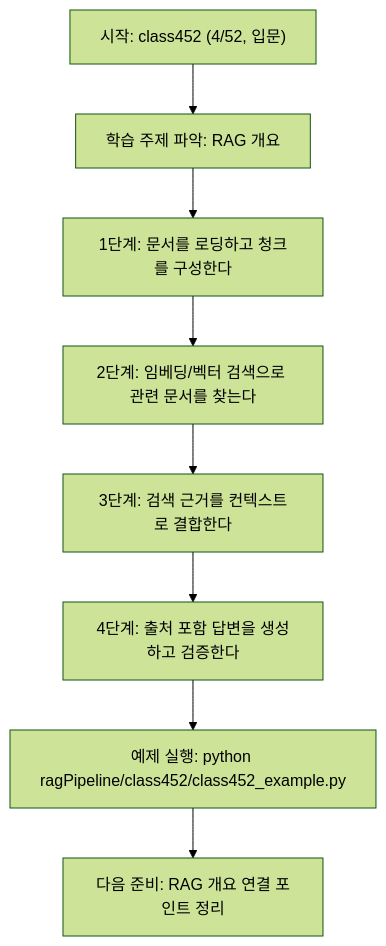
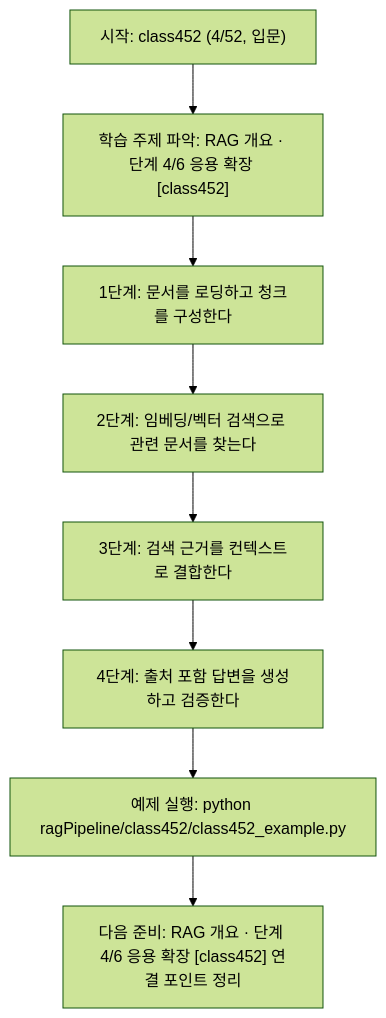
The diagram in ragPipeline/class452/class452.md (edumgt/Python-AI_Agent-Class), drawn with Mermaid (forest theme) before and after one commit. The commit also changed other lines of this file and 522 other files, not shown here.

````diff
--- a/ragPipeline/class452/class452.md
+++ b/ragPipeline/class452/class452.md
@@ -109,18 +110,18 @@
 ```mermaid
 flowchart TD
 N1["시작: class452 (4/52, 입문)"]
-N2["학습 주제 파악: RAG 개요"]
+N2["학습 주제 파악: RAG 개요 · 단계 4/6 응용 확장 [class452]"]
 N3["1단계: 문서를 로딩하고 청크를 구성한다"]
 N4["2단계: 임베딩/벡터 검색으로 관련 문서를 찾는다"]
 N5["3단계: 검색 근거를 컨텍스트로 결합한다"]
 N6["4단계: 출처 포함 답변을 생성하고 검증한다"]
 N7["예제 실행: python ragPipeline/class452/class452_example.py"]
-N8["다음 준비: RAG 개요 연결 포인트 정리"]
+N8["다음 준비: RAG 개요 · 단계 4/6 응용 확장 [class452] 연결 포인트 정리"]
 N1 --> N2
 N2 --> N3
 N3 --> N4
 N4 --> N5
 N5 --> N6
 N6 --> N7
 N7 --> N8
 ```
````
